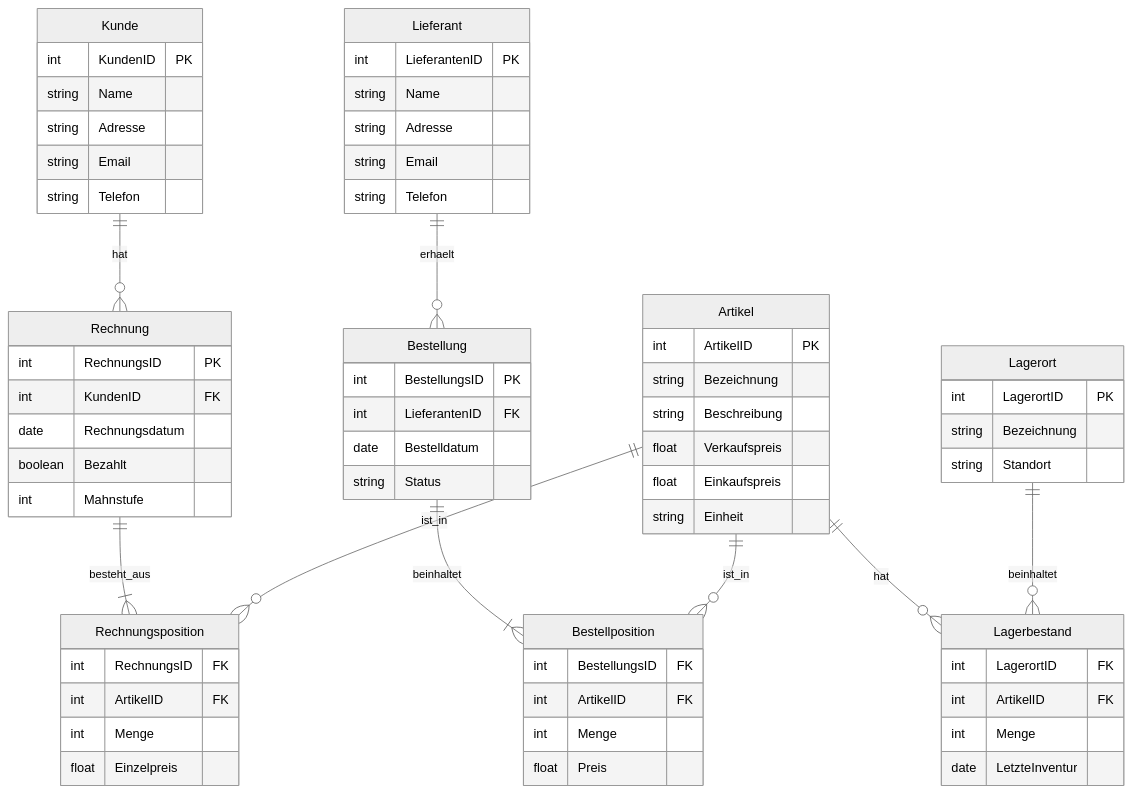
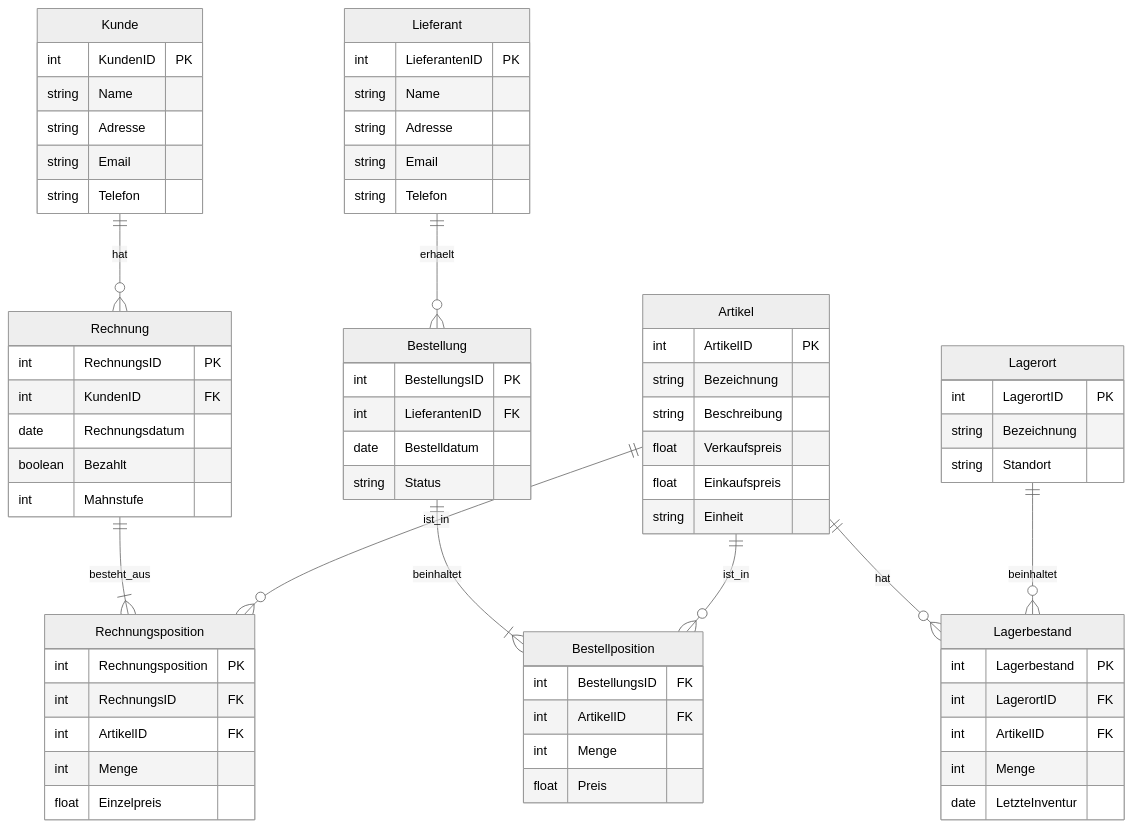
One commit to DevSevi/ERPLittleFlower changed the diagram in dokumentation/ERM.md. Above: the diagram before and after it, drawn with Mermaid (neutral theme). The commit also changed 2 other files, not shown here.

Commit message:
Planung hinzugefügt

````diff
--- a/dokumentation/ERM.md
+++ b/dokumentation/ERM.md
@@ -5,78 +5,80 @@
 ```mermaid
 erDiagram
     Kunde ||--o{ Rechnung : hat
     Rechnung ||--|{ Rechnungsposition : besteht_aus
     Artikel ||--o{ Rechnungsposition : ist_in
     Artikel ||--o{ Lagerbestand : hat
     Lagerort ||--o{ Lagerbestand : beinhaltet
     Lieferant ||--o{ Bestellung : erhaelt
     Bestellung ||--|{ Bestellposition : beinhaltet
     Artikel ||--o{ Bestellposition : ist_in
 
     Kunde {
         int KundenID PK
         string Name
         string Adresse
         string Email
         string Telefon
     }
 
     Lieferant {
         int LieferantenID PK
         string Name
         string Adresse
         string Email
         string Telefon
     }
 
     Artikel {
         int ArtikelID PK
         string Bezeichnung
         string Beschreibung
         float Verkaufspreis
         float Einkaufspreis
         string Einheit
     }
 
     Lagerort {
         int LagerortID PK
         string Bezeichnung
         string Standort
     }
 
     Lagerbestand {
+        int Lagerbestand PK
         int LagerortID FK
         int ArtikelID FK
         int Menge
         date LetzteInventur
     }
 
     Rechnung {
         int RechnungsID PK
         int KundenID FK
         date Rechnungsdatum
         boolean Bezahlt
         int Mahnstufe
     }
 
     Rechnungsposition {
+        int Rechnungsposition PK
         int RechnungsID FK
         int ArtikelID FK
         int Menge
         float Einzelpreis
     }
 
     Bestellung {
         int BestellungsID PK
         int LieferantenID FK
         date Bestelldatum
         string Status
     }
 
     Bestellposition {
         int BestellungsID FK
         int ArtikelID FK
         int Menge
         float Preis
     }
 ```
````
